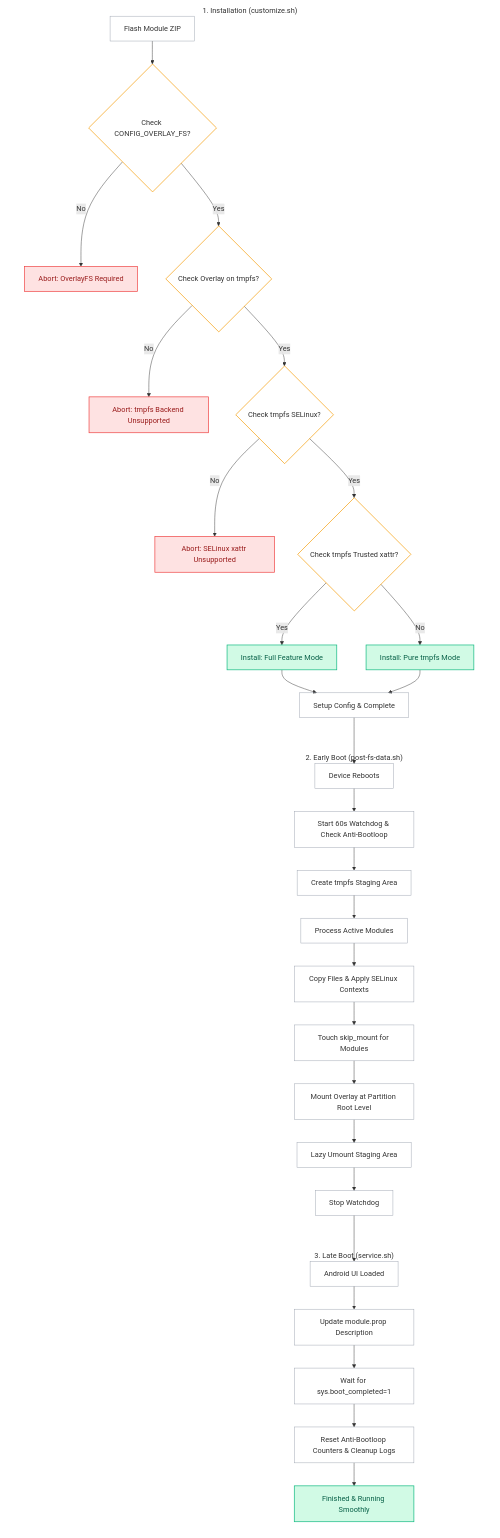
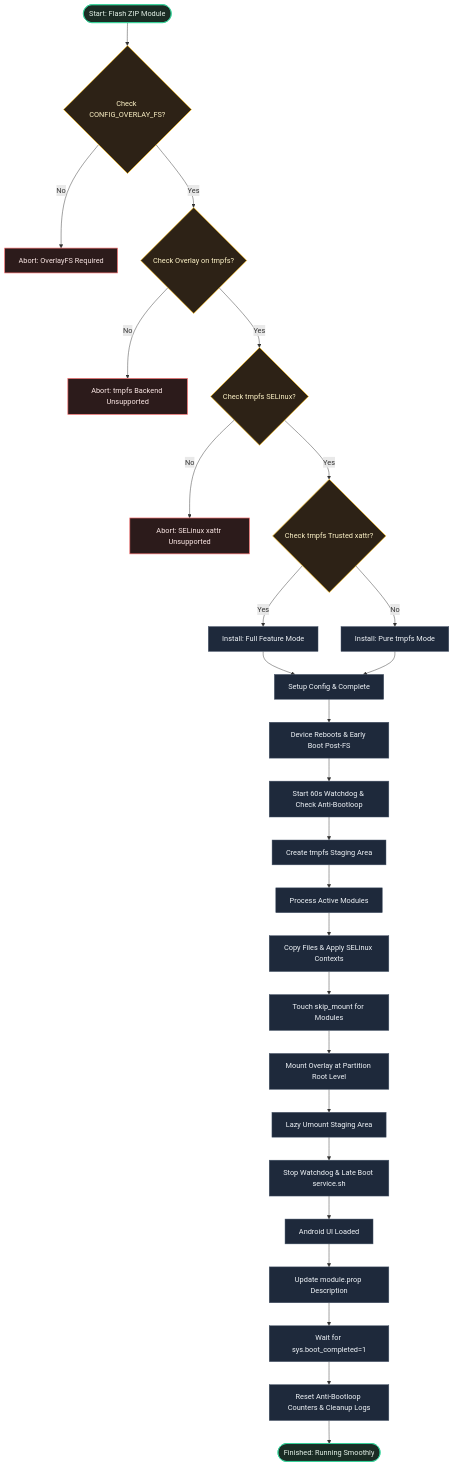
Before and after one commit to dyokism/NanoMount: the diagram in README.md, drawn with Mermaid. The commit also changed other lines of this file and 4 other files, not shown here.

````diff
--- a/README.md
+++ b/README.md
@@ -48,52 +48,44 @@
 ```mermaid
 flowchart TD
-    %% Installation Phase
-    subgraph Installation ["1. Installation (customize.sh)"]
-        FlashZip[Flash Module ZIP] --> CheckOverlay{Check CONFIG_OVERLAY_FS?}
-        CheckOverlay -- No --> AbortOverlay[Abort: OverlayFS Required]
-        CheckOverlay -- Yes --> CheckTmpfsBackend{Check Overlay on tmpfs?}
-        CheckTmpfsBackend -- No --> AbortTmpfsBackend[Abort: tmpfs Backend Unsupported]
-        CheckTmpfsBackend -- Yes --> CheckSELinux{Check tmpfs SELinux?}
-        CheckSELinux -- No --> AbortSELinux[Abort: SELinux xattr Unsupported]
-        CheckSELinux -- Yes --> CheckTrusted{Check tmpfs Trusted xattr?}
-        CheckTrusted -- Yes --> FullMode[Install: Full Feature Mode]
-        CheckTrusted -- No --> PureMode[Install: Pure tmpfs Mode]
-        FullMode & PureMode --> ConfigSetup[Setup Config & Complete]
-    end
+    FlashZip([Start: Flash ZIP Module]) --> CheckOverlay{Check CONFIG_OVERLAY_FS?}
+    CheckOverlay -- No --> AbortOverlay[Abort: OverlayFS Required]
+    CheckOverlay -- Yes --> CheckTmpfsBackend{Check Overlay on tmpfs?}
+    
+    CheckTmpfsBackend -- No --> AbortTmpfsBackend[Abort: tmpfs Backend Unsupported]
+    CheckTmpfsBackend -- Yes --> CheckSELinux{Check tmpfs SELinux?}
+    
+    CheckSELinux -- No --> AbortSELinux[Abort: SELinux xattr Unsupported]
+    CheckSELinux -- Yes --> CheckTrusted{Check tmpfs Trusted xattr?}
+    
+    CheckTrusted -- Yes --> FullMode[Install: Full Feature Mode]
+    CheckTrusted -- No --> PureMode[Install: Pure tmpfs Mode]
+    
+    FullMode & PureMode --> ConfigSetup[Setup Config & Complete]
+    ConfigSetup --> BootStart[Device Reboots & Early Boot Post-FS]
+    
+    BootStart --> WatchdogStart[Start 60s Watchdog & Check Anti-Bootloop]
+    WatchdogStart --> StagingCreate[Create tmpfs Staging Area]
+    StagingCreate --> ProcessModules[Process Active Modules]
+    ProcessModules --> CopyFiles[Copy Files & Apply SELinux Contexts]
+    CopyFiles --> SkipMount[Touch skip_mount for Modules]
+    SkipMount --> MountOverlay[Mount Overlay at Partition Root Level]
+    MountOverlay --> CleanStaging[Lazy Umount Staging Area]
+    CleanStaging --> WatchdogStop[Stop Watchdog & Late Boot service.sh]
+    
+    WatchdogStop --> UILoaded[Android UI Loaded]
+    UILoaded --> UpdateProp[Update module.prop Description]
+    UpdateProp --> WaitBoot[Wait for sys.boot_completed=1]
+    WaitBoot --> ResetAntiBoot[Reset Anti-Bootloop Counters & Cleanup Logs]
+    ResetAntiBoot --> Finished([Finished: Running Smoothly])
 
-    %% Early Boot Phase
-    subgraph Early_Boot ["2. Early Boot (post-fs-data.sh)"]
-        ConfigSetup --> BootStart[Device Reboots]
-        BootStart --> WatchdogStart[Start 60s Watchdog & Check Anti-Bootloop]
-        WatchdogStart --> StagingCreate[Create tmpfs Staging Area]
-        StagingCreate --> ProcessModules[Process Active Modules]
-        ProcessModules --> CopyFiles[Copy Files & Apply SELinux Contexts]
-        CopyFiles --> SkipMount[Touch skip_mount for Modules]
-        SkipMount --> MountOverlay[Mount Overlay at Partition Root Level]
-        MountOverlay --> CleanStaging[Lazy Umount Staging Area]
-        CleanStaging --> WatchdogStop[Stop Watchdog]
-    end
-
-    %% Late Boot Phase
-    subgraph Late_Boot ["3. Late Boot (service.sh)"]
-        WatchdogStop --> UILoaded[Android UI Loaded]
-        UILoaded --> UpdateProp[Update module.prop Description]
-        UpdateProp --> WaitBoot[Wait for sys.boot_completed=1]
-        WaitBoot --> ResetAntiBoot[Reset Anti-Bootloop Counters & Cleanup Logs]
-        ResetAntiBoot --> Finished[Finished & Running Smoothly]
-    end
-
-    %% Custom Styles
-    style Installation fill:none,stroke:none
-    style Early_Boot fill:none,stroke:none
-    style Late_Boot fill:none,stroke:none
-
-    classDef default fill:none,stroke:#9ca3af,stroke-width:1px;
-    classDef abort fill:#fee2e2,stroke:#ef4444,stroke-width:1.5px,color:#991b1b;
-    classDef success fill:#d1fae5,stroke:#10b981,stroke-width:1.5px,color:#065f46;
-    classDef check fill:none,stroke:#f59e0b,stroke-width:1.5px;
-
-    class AbortOverlay,AbortTmpfsBackend,AbortSELinux abort;
-    class FullMode,PureMode,Finished success;
-    class CheckOverlay,CheckTmpfsBackend,CheckSELinux,CheckTrusted check;
+    %% Custom Styles and Colors (Ultra-Muted Slate Theme)
+    classDef startEnd fill:#1b2c24,stroke:#34d399,stroke-width:1.5px,color:#e6f4ea;
+    classDef fail fill:#2c1b1b,stroke:#f87171,stroke-width:1.5px,color:#fce8e6;
+    classDef decision fill:#2d2216,stroke:#fbbf24,stroke-width:1.5px,color:#fef3c7;
+    classDef process fill:#1e293b,stroke:#475569,stroke-width:1px,color:#f1f5f9;
+    
+    class FlashZip,Finished startEnd;
+    class AbortOverlay,AbortTmpfsBackend,AbortSELinux fail;
+    class CheckOverlay,CheckTmpfsBackend,CheckSELinux,CheckTrusted decision;
+    class FullMode,PureMode,ConfigSetup,BootStart,WatchdogStart,StagingCreate,ProcessModules,CopyFiles,SkipMount,MountOverlay,CleanStaging,WatchdogStop,UILoaded,UpdateProp,WaitBoot,ResetAntiBoot process;
 ```
````
